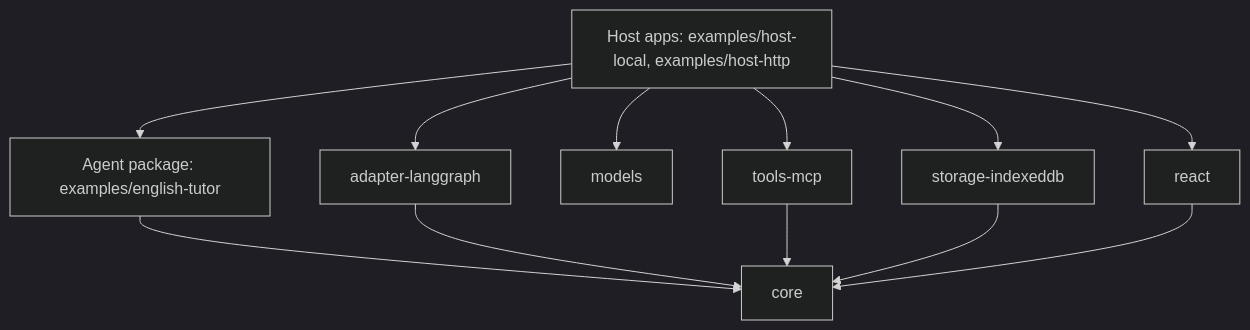
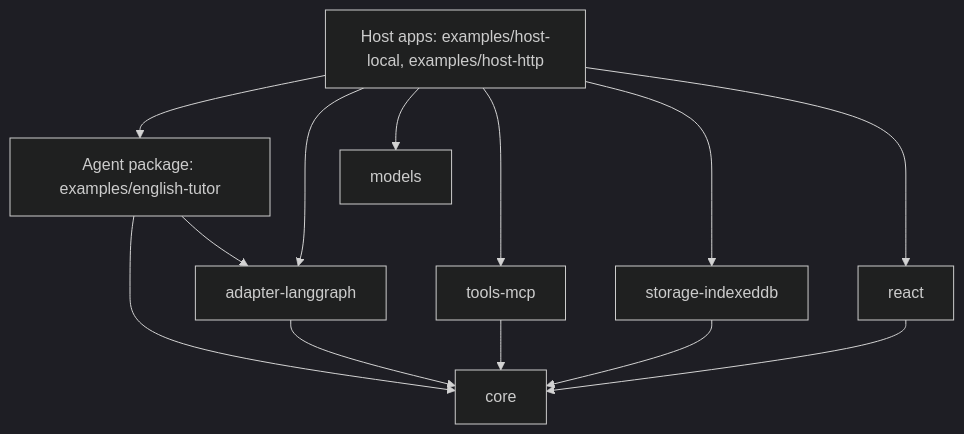
The second of 8 diagrams in docs/system-design.md (vinhnxv/galaxie), drawn with Mermaid (dark theme) before and after one commit. The commit also changed other lines of this file and 2 other files, not shown here.

Commit message:
docs(tutor): document data labels, output projection and host duties

````diff
--- a/docs/system-design.md
+++ b/docs/system-design.md
@@ -83,9 +83,9 @@
 ```mermaid
 flowchart TD
     Host["Host apps: examples/host-local, examples/host-http"]
     Tutor["Agent package: examples/english-tutor"]
     Host --> Tutor
     Host --> Adapter["adapter-langgraph"] & Models["models"] & Mcp["tools-mcp"] & Storage["storage-indexeddb"] & ReactPkg["react"]
-    Tutor --> Core["core"]
+    Tutor --> Core["core"] & Adapter
     Adapter & Mcp & Storage & ReactPkg --> Core
 ```
````
